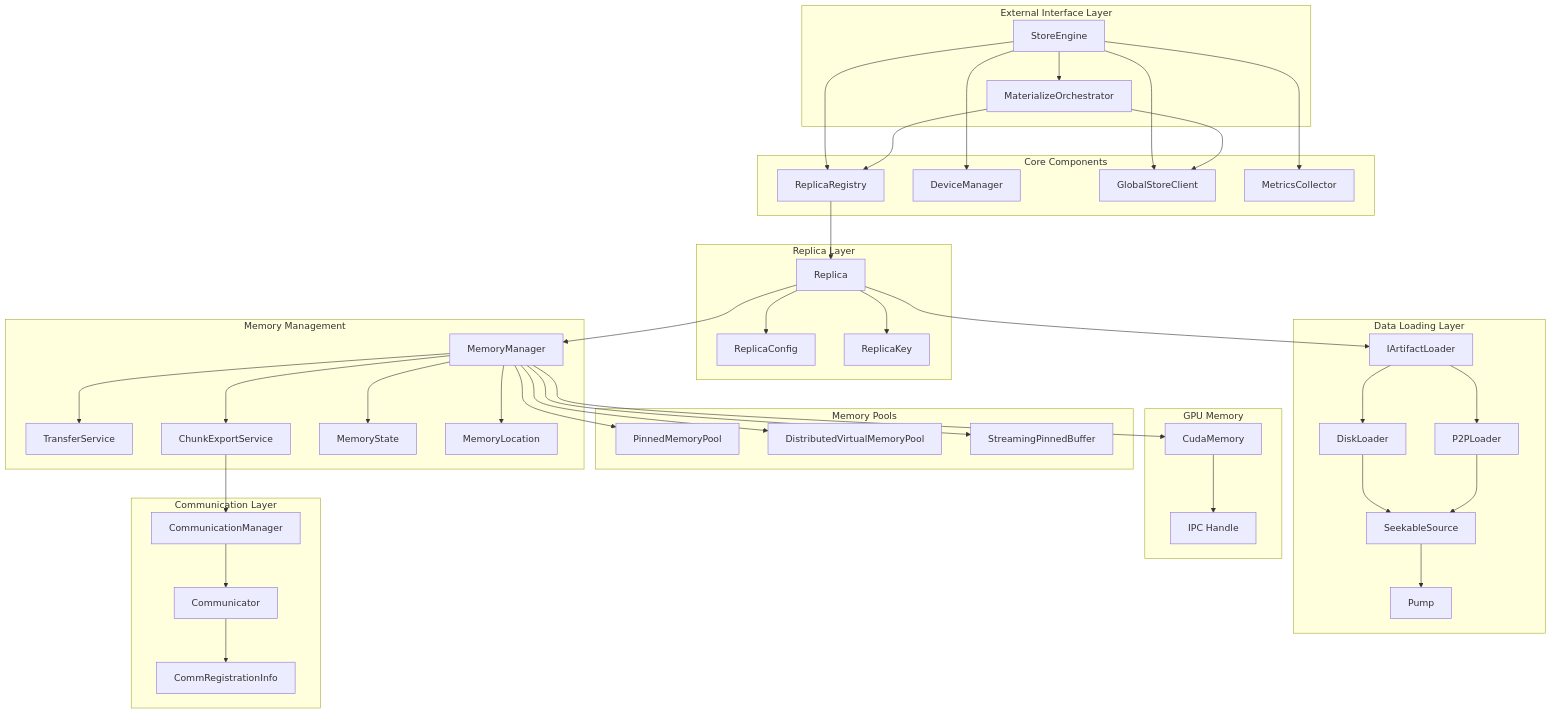
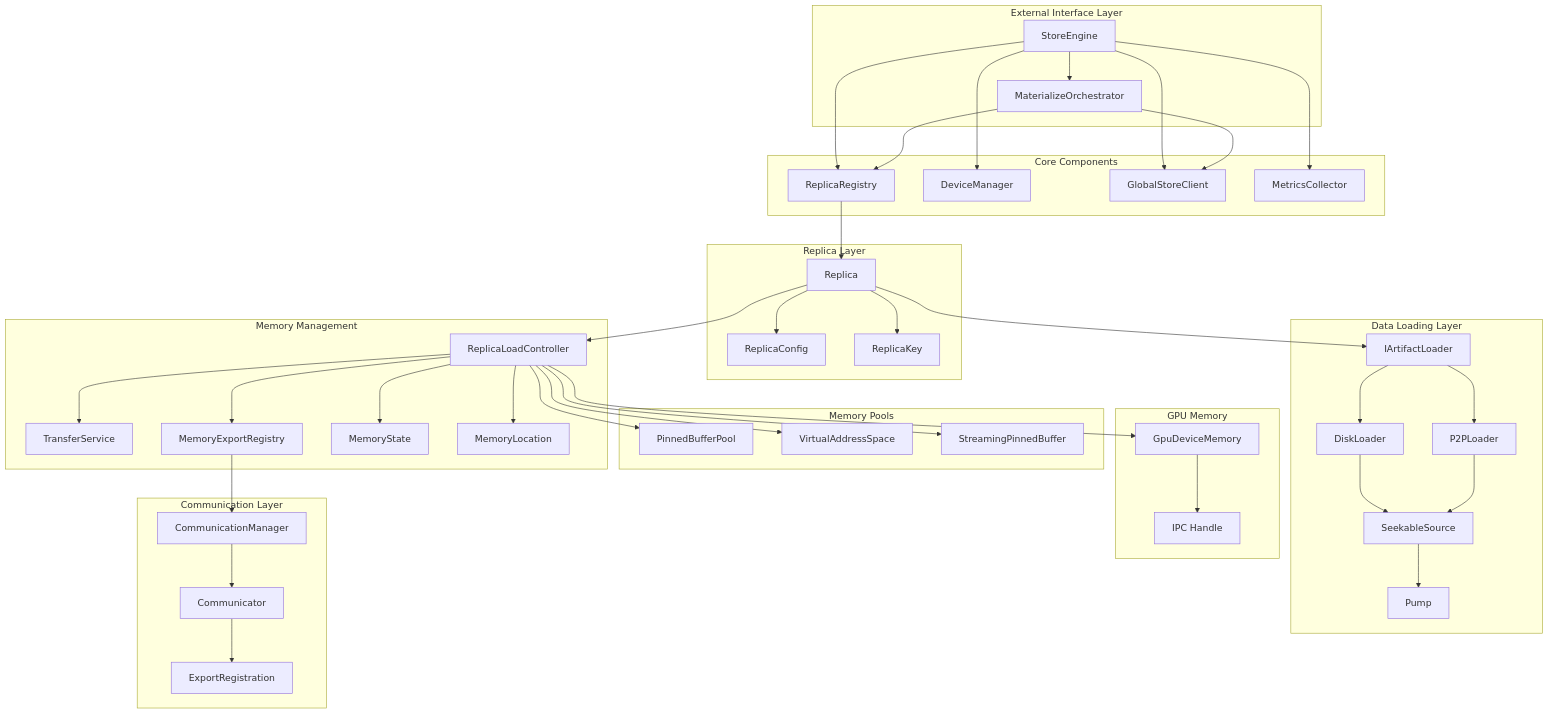
The first of 13 diagrams in core/store/docs/architecture.md (tensorcast-ai/tensorcast), drawn with Mermaid before and after one commit. The commit also changed other lines of this file and 155 other files, not shown here.

```diff
--- a/core/store/docs/architecture.md
+++ b/core/store/docs/architecture.md
@@ -36,9 +36,9 @@
     end
 
     subgraph "Memory Management"
-        MM[MemoryManager]
+        MM[ReplicaLoadController]
         TS[TransferService]
-        CES[ChunkExportService]
+        CES[MemoryExportRegistry]
         MS[MemoryState]
         ML[MemoryLocation]
     end
@@ -52,20 +52,20 @@
     end
 
     subgraph "Memory Pools"
-        PMP[PinnedMemoryPool]
-        DVMP[DistributedVirtualMemoryPool]
+        PMP[PinnedBufferPool]
+        VS[VirtualAddressSpace]
         SPB[StreamingPinnedBuffer]
     end
 
     subgraph "GPU Memory"
-        CM[CudaMemory]
+        CM[GpuDeviceMemory]
         IPC[IPC Handle]
     end
 
     subgraph "Communication Layer"
         CMN[CommunicationManager]
         CE[Communicator]
-        CRI[CommRegistrationInfo]
+        CRI[ExportRegistration]
     end
 
     CS --> PO
@@ -87,7 +87,7 @@
     MM --> MS
     MM --> ML
     MM --> PMP
-    MM --> DVMP
+    MM --> VS
     MM --> SPB
     MM --> CM
 
```
